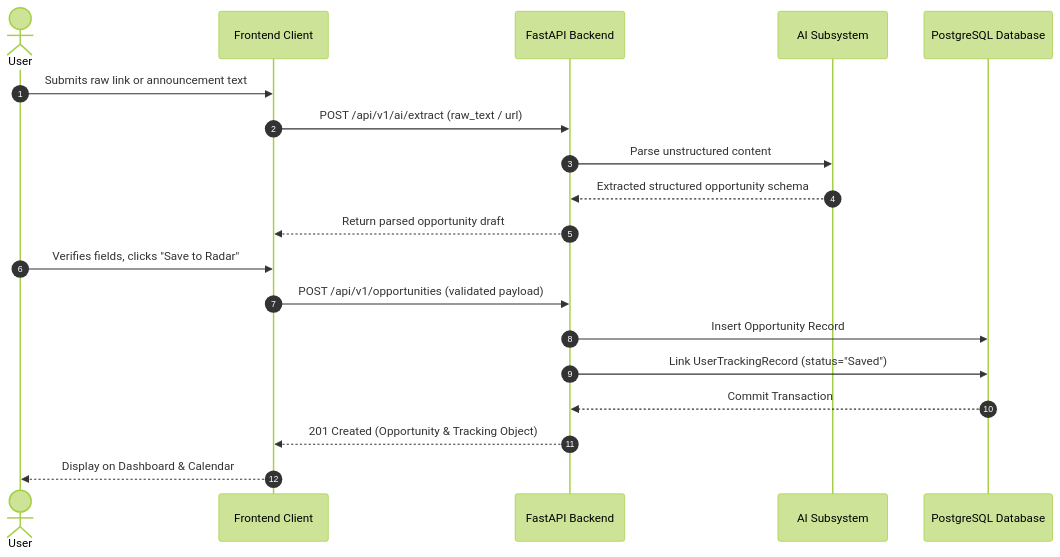
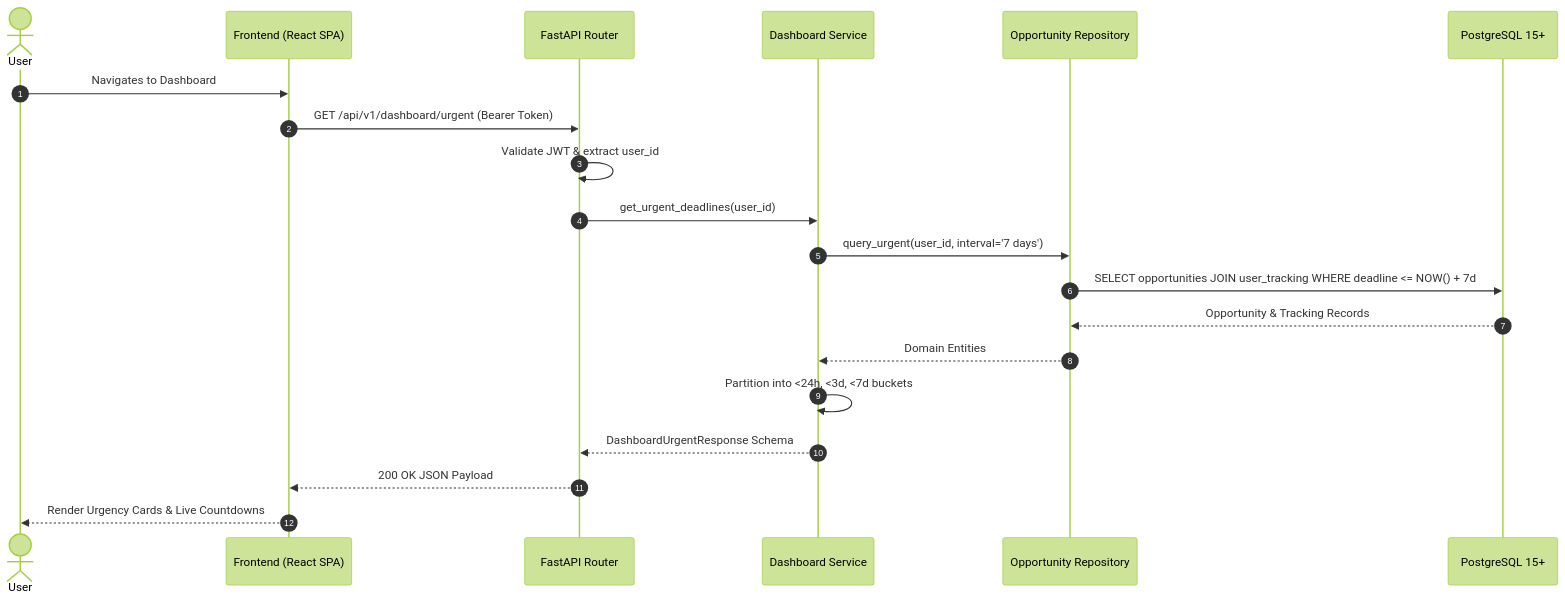
Before and after one commit to Kunal-net/deadline-radar: the fifth of 8 diagrams in docs/architecture.md, drawn with Mermaid (forest theme). The commit also changed other lines of this file and 1 other file, not shown here.

Commit message:
docs: expand architecture documentation with core principles, technology stack evaluations, and system diagrams

````diff
--- a/docs/architecture.md
+++ b/docs/architecture.md
@@ -105,22 +545,23 @@
 ```mermaid
 sequenceDiagram
     autonumber
     actor User
-    participant Web as Frontend Client
-    participant API as FastAPI Backend
-    participant AI as AI Subsystem
-    participant DB as PostgreSQL Database
+    participant Client as Frontend (React SPA)
+    participant Router as FastAPI Router
+    participant Service as Dashboard Service
+    participant Repo as Opportunity Repository
+    participant DB as PostgreSQL 15+
 
-    User->>Web: Submits raw link or announcement text
-    Web->>API: POST /api/v1/ai/extract (raw_text / url)
-    API->>AI: Parse unstructured content
-    AI-->>API: Extracted structured opportunity schema
-    API-->>Web: Return parsed opportunity draft
-    User->>Web: Verifies fields, clicks "Save to Radar"
-    Web->>API: POST /api/v1/opportunities (validated payload)
-    API->>DB: Insert Opportunity Record
-    API->>DB: Link UserTrackingRecord (status="Saved")
-    DB-->>API: Commit Transaction
-    API-->>Web: 201 Created (Opportunity & Tracking Object)
-    Web-->>User: Display on Dashboard & Calendar
+    User->>Client: Navigates to Dashboard
+    Client->>Router: GET /api/v1/dashboard/urgent (Bearer Token)
+    Router->>Router: Validate JWT & extract user_id
+    Router->>Service: get_urgent_deadlines(user_id)
+    Service->>Repo: query_urgent(user_id, interval='7 days')
+    Repo->>DB: SELECT opportunities JOIN user_tracking WHERE deadline <= NOW() + 7d
+    DB-->>Repo: Opportunity & Tracking Records
+    Repo-->>Service: Domain Entities
+    Service->>Service: Partition into <24h, <3d, <7d buckets
+    Service-->>Router: DashboardUrgentResponse Schema
+    Router-->>Client: 200 OK JSON Payload
+    Client-->>User: Render Urgency Cards & Live Countdowns
 ```
````
